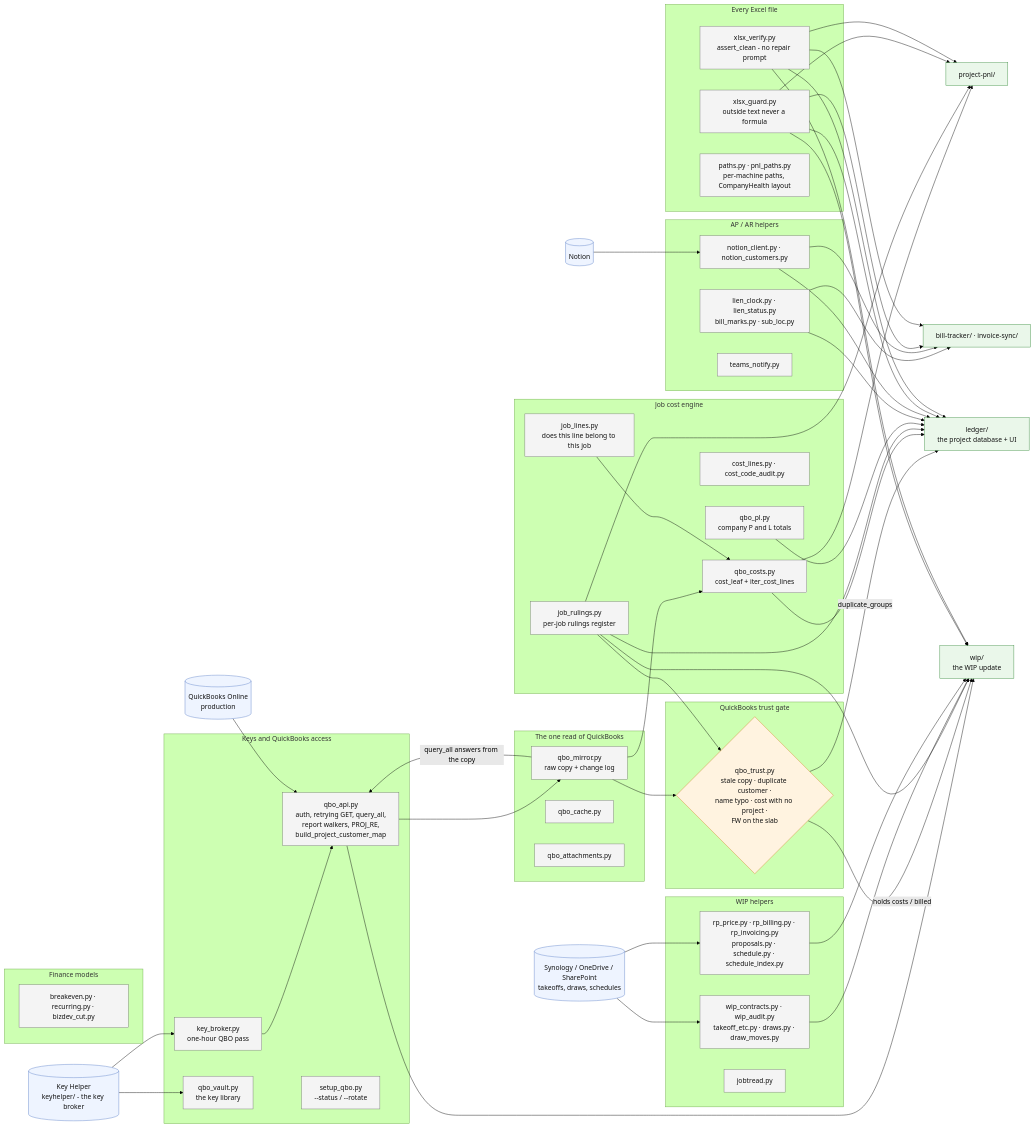
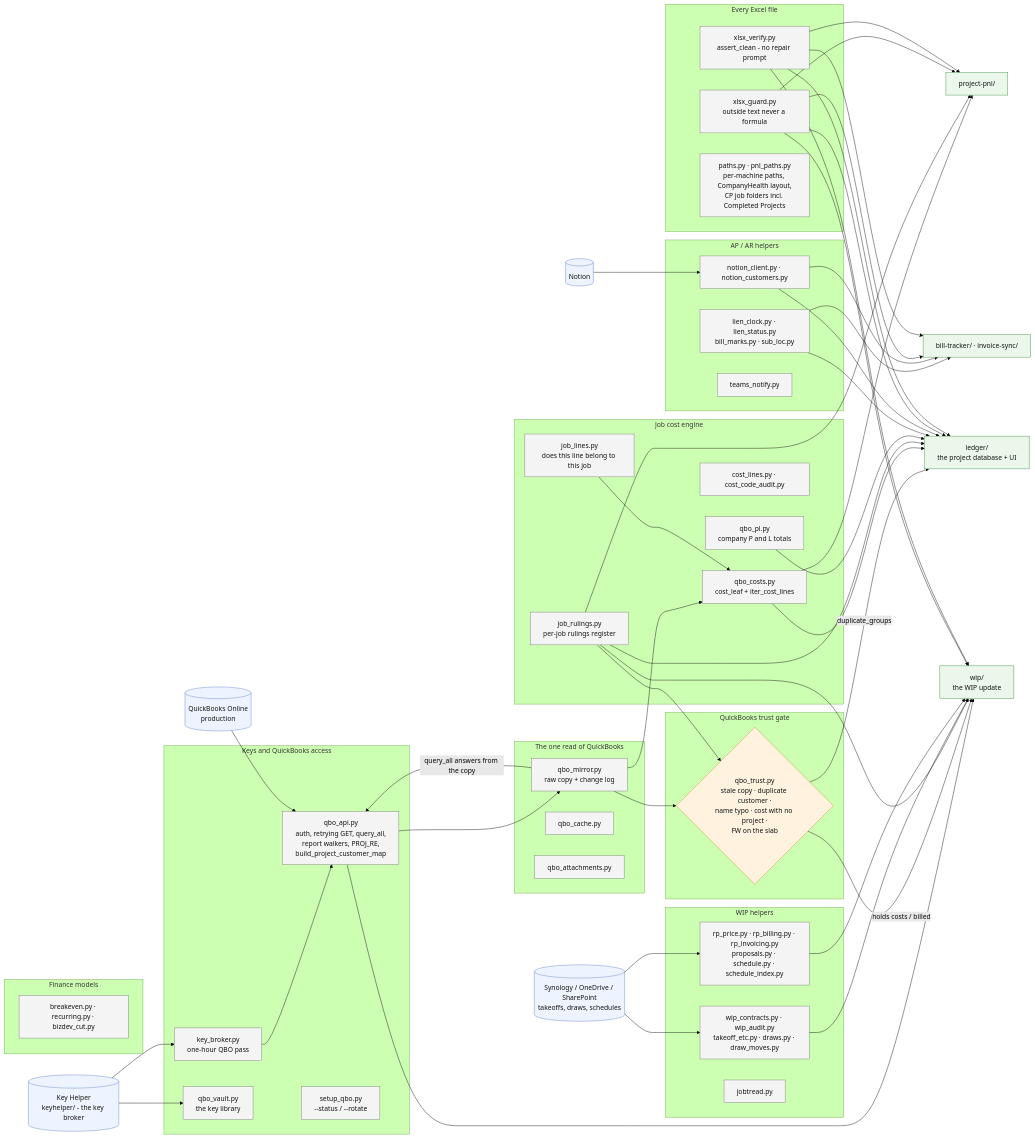
The diagram in shared/FLOW.md (Ecarlo-Proficient/Claude-Report), drawn with Mermaid (forest theme) before and after one commit. The commit also changed other lines of this file and 4 other files, not shown here.

Commit message:
project-pnl: finished CP jobs find their Completed Projects folder; every bill scan downloaded and linked on the Transactions sheet (Scan column + Open scans folder)

```diff
--- a/shared/FLOW.md
+++ b/shared/FLOW.md
@@ -75,7 +76,7 @@
     subgraph SAFE["Every Excel file"]
         XG["xlsx_guard.py<br/>outside text never a formula"]:::mod
         XV["xlsx_verify.py<br/>assert_clean - no repair prompt"]:::mod
-        PATHS["paths.py · pnl_paths.py<br/>per-machine paths, CompanyHealth layout"]:::mod
+        PATHS["paths.py · pnl_paths.py<br/>per-machine paths, CompanyHealth layout,<br/>CP job folders incl. Completed Projects"]:::mod
     end
 
     WIPT["wip/<br/>the WIP update"]:::use
```
